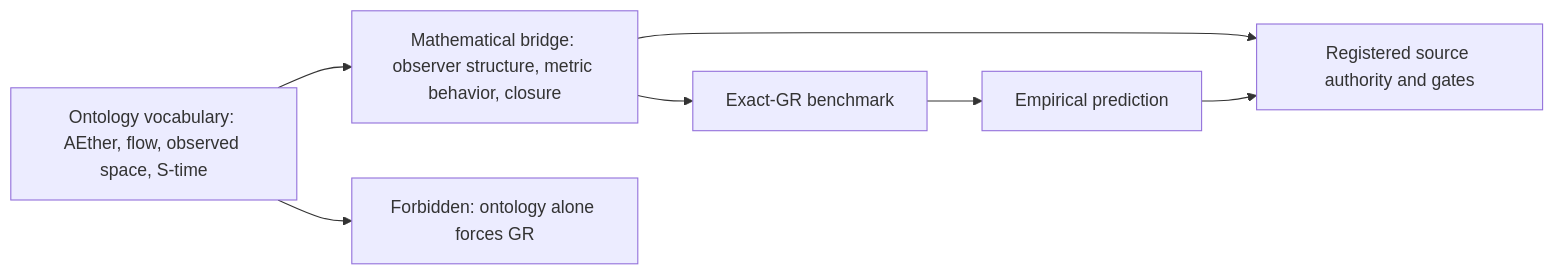
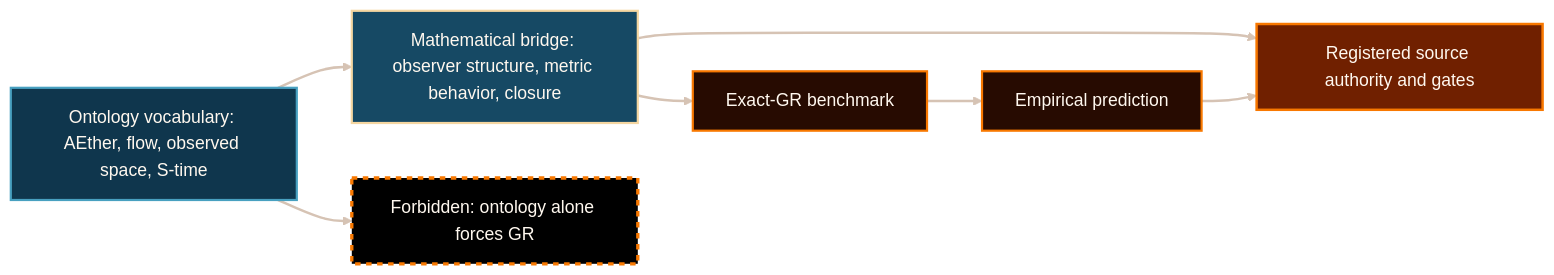
Before and after one commit to AngryOwlAI/The-AEther-Flow-Website: the diagram in docs/content-dossiers/physics-ontology/diagrams/ontology-boundary-map.mmd, drawn with Mermaid. The commit also changed 60 other files, not shown here.

```diff
--- a/docs/content-dossiers/physics-ontology/diagrams/ontology-boundary-map.mmd
+++ b/docs/content-dossiers/physics-ontology/diagrams/ontology-boundary-map.mmd
@@ -1,14 +1,50 @@
+---
+config:
+  theme: base
+  themeVariables:
+    darkMode: true
+    background: "#000000"
+    primaryColor: "#050403"
+    primaryTextColor: "#fff8ef"
+    primaryBorderColor: "#d6c3b4"
+    lineColor: "#d6c3b4"
+    fontFamily: "Inter, ui-sans-serif, system-ui, -apple-system, BlinkMacSystemFont, Segoe UI, sans-serif"
+    fontSize: "16px"
+    clusterBkg: "#080401"
+    clusterBorder: "#d6c3b4"
+    edgeLabelBackground: "#000000"
+---
+
 flowchart LR
   Vocab["Ontology vocabulary: AEther, flow, observed space, S-time"]
   Math["Mathematical bridge: observer structure, metric behavior, closure"]
   Benchmark["Exact-GR benchmark"]
   Prediction["Empirical prediction"]
   Authority["Registered source authority and gates"]
   Boundary["Forbidden: ontology alone forces GR"]
 
   Vocab --> Math
   Math --> Benchmark
   Benchmark --> Prediction
   Math --> Authority
   Prediction --> Authority
   Vocab --> Boundary
+
+  classDef default fill:#050403,stroke:#d6c3b4,color:#fff8ef,stroke-width:1.5px;
+  classDef source fill:#0f364d,stroke:#48a0c0,color:#fff8ef,stroke-width:2px;
+  classDef control fill:#270b01,stroke:#f87800,color:#fff8ef,stroke-width:2px;
+  classDef bridge fill:#164964,stroke:#f4d6a1,color:#fff8ef,stroke-width:2px;
+  classDef decision fill:#702000,stroke:#f87800,color:#fff8ef,stroke-width:2.25px;
+  classDef target fill:#2d7ea0,stroke:#f4d6a1,color:#ffffff,stroke-width:2px;
+  classDef success fill:#164964,stroke:#48a0c0,color:#fff8ef,stroke-width:2px;
+  classDef risk fill:#702000,stroke:#f87800,color:#fff8ef,stroke-width:2px,stroke-dasharray: 5 5;
+  classDef boundary fill:#000000,stroke:#f87800,color:#fff8ef,stroke-width:3px,stroke-dasharray: 5 5;
+  classDef external fill:#080401,stroke:#f4d6a1,color:#fff8ef,stroke-width:2px;
+
+  class Boundary boundary;
+  class Math bridge;
+  class Benchmark,Prediction control;
+  class Authority decision;
+  class Vocab source;
+
+  linkStyle default stroke:#d6c3b4,stroke-width:2.25px;
```
